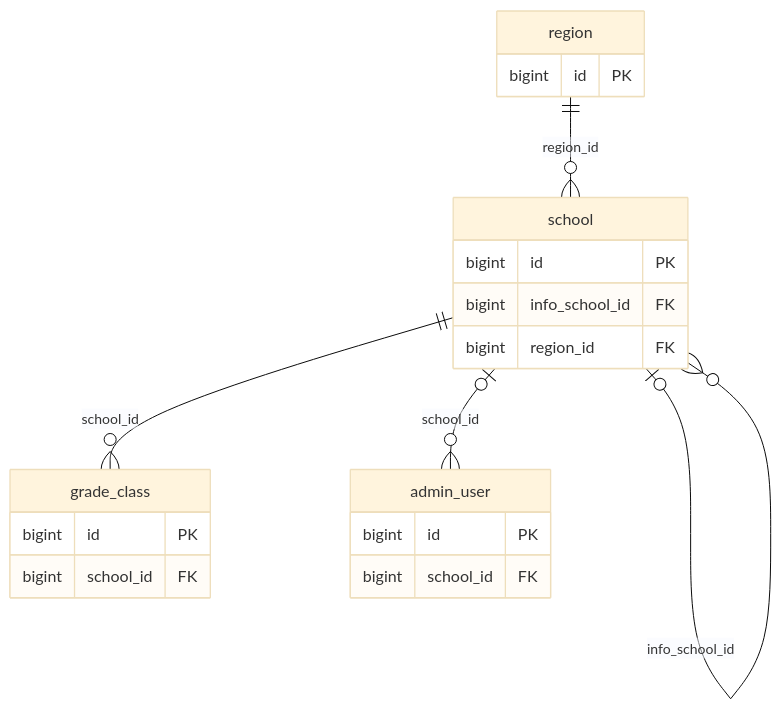
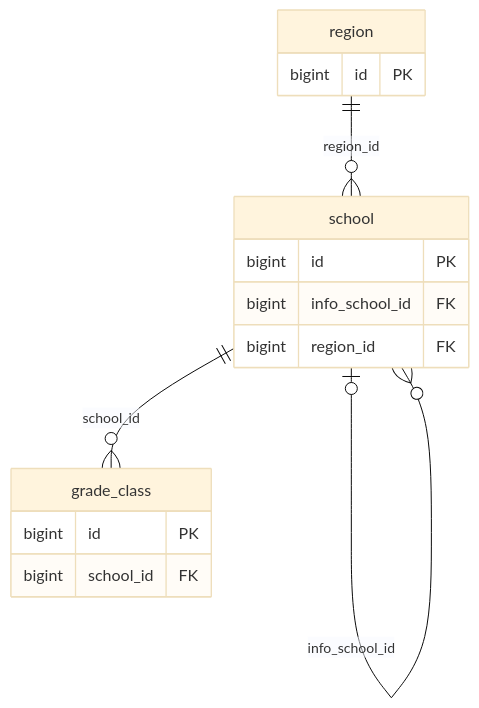
Before and after one commit to hyungmin0629/ping-v2: the second of 9 diagrams in docs/erd.md, drawn with Mermaid (base theme). The commit also changed other lines of this file and 19 other files, not shown here.

First line of the commit message:
W17: admin_user 를 없애고 app_user.is_admin 으로 접는다

````diff
--- a/docs/erd.md
+++ b/docs/erd.md
@@ -178,23 +173,18 @@
 ```mermaid
 erDiagram
     region {
         bigint id PK
     }
     school {
         bigint id PK
         bigint info_school_id FK
         bigint region_id FK
     }
     grade_class {
         bigint id PK
         bigint school_id FK
     }
-    admin_user {
-        bigint id PK
-        bigint school_id FK
-    }
-    school |o--o{ admin_user : "school_id"
     school ||--o{ grade_class : "school_id"
     school |o--o{ school : "info_school_id"
     region ||--o{ school : "region_id"
 ```
````
